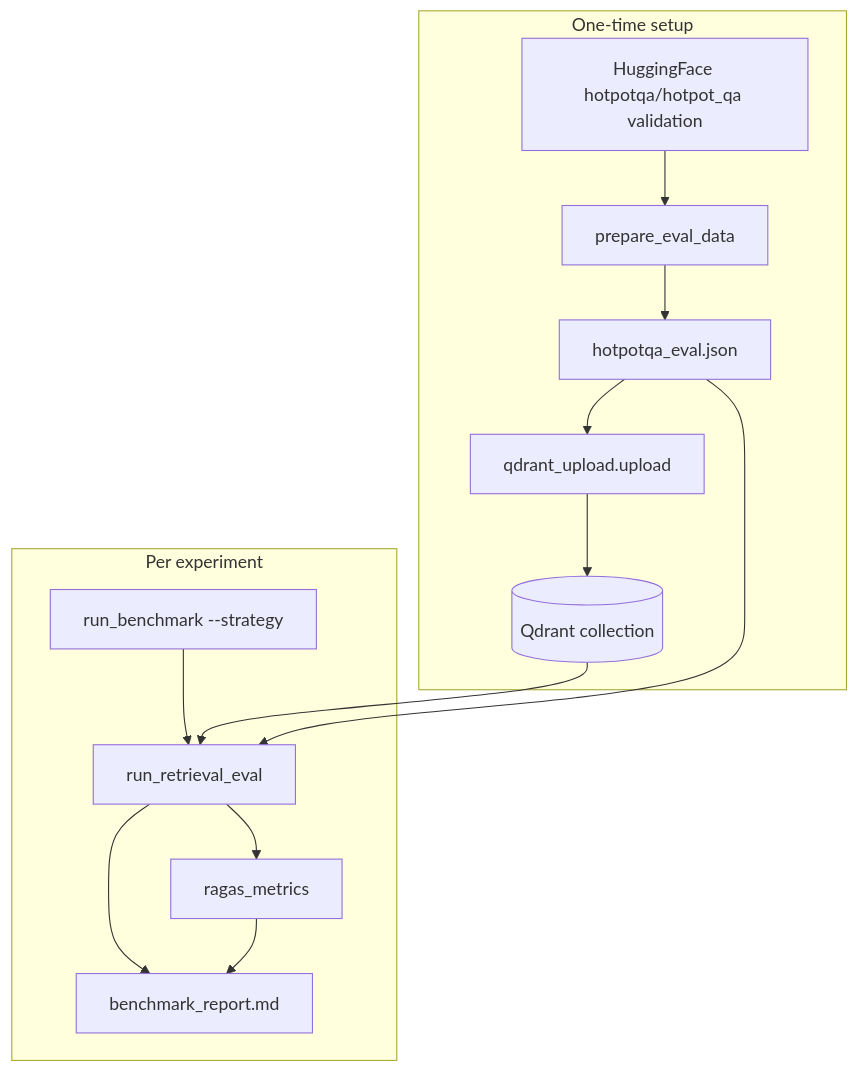
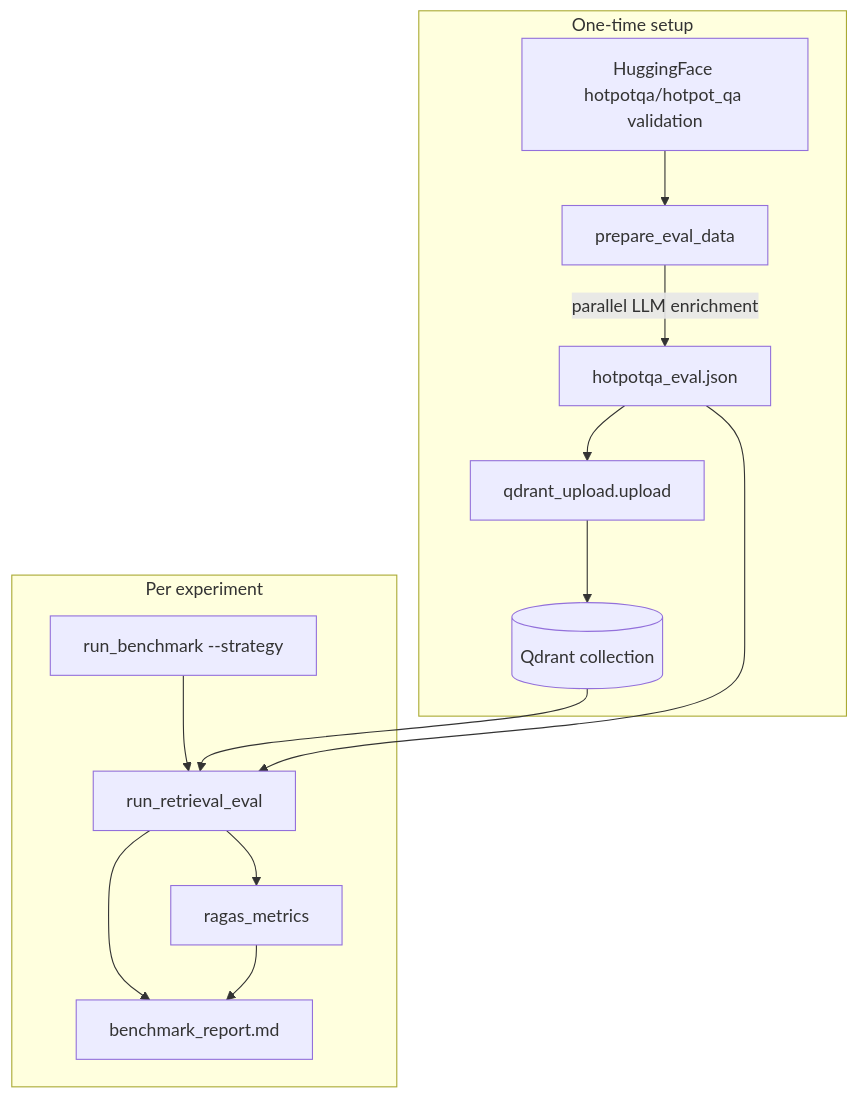
The diagram in benchmarking/hotpotqa/README.md (PalashJauhari/RAG), drawn with Mermaid before and after one commit. The commit also changed other lines of this file and 8 other files, not shown here.

````diff
--- a/benchmarking/hotpotqa/README.md
+++ b/benchmarking/hotpotqa/README.md
@@ -60,22 +60,24 @@
 ```mermaid
 flowchart TB
   subgraph setup [One-time setup]
     HF["HuggingFace hotpotqa/hotpot_qa validation"]
     Prep["prepare_eval_data"]
     JSON["hotpotqa_eval.json"]
     Upload["qdrant_upload.upload"]
     Qdrant[(Qdrant collection)]
-    HF --> Prep --> JSON --> Upload --> Qdrant
+    HF --> Prep
+    Prep -->|"parallel LLM enrichment"| JSON
+    JSON --> Upload --> Qdrant
   end
   subgraph run [Per experiment]
     Bench["run_benchmark --strategy"]
     Ret["run_retrieval_eval"]
     Ragas["ragas_metrics"]
     Report["benchmark_report.md"]
     Bench --> Ret --> Ragas
     Ret --> Report
     Ragas --> Report
   end
   Qdrant --> Ret
   JSON --> Ret
 ```
````
